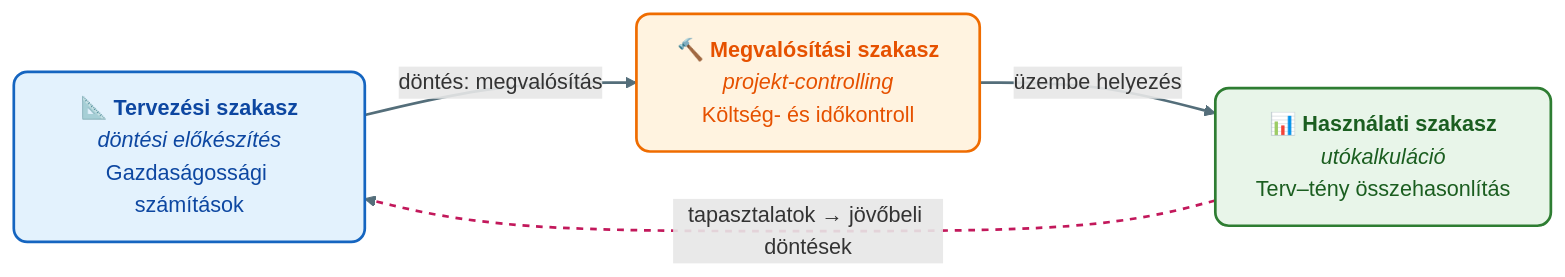
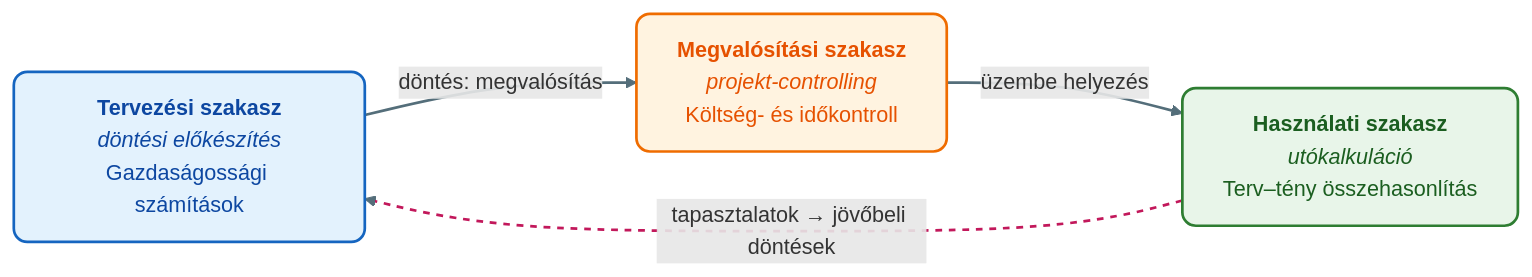
One commit to denespocsik/MM_BSC_Zarovizsga changed the diagram in Tételek/K19-GIXVS2MBLF-Beruházási döntések controlling szemléletben.tétel.md. Above: the diagram before and after it, drawn with Mermaid. The commit also changed other lines of this file, not shown here.

````diff
--- a/Tételek/K19-GIXVS2MBLF-Beruházási döntések controlling szemléletben.tétel.md
+++ b/Tételek/K19-GIXVS2MBLF-Beruházási döntések controlling szemléletben.tétel.md
@@ -11,16 +21,16 @@
 ```mermaid
 flowchart LR
-    A["📐 <b>Tervezési szakasz</b><br/><i>döntési előkészítés</i><br/>Gazdaságossági számítások"]:::kek
-    B["🔨 <b>Megvalósítási szakasz</b><br/><i>projekt-controlling</i><br/>Költség- és időkontroll"]:::narancs
-    C["📊 <b>Használati szakasz</b><br/><i>utókalkuláció</i><br/>Terv–tény összehasonlítás"]:::zold
+    A["<b>Tervezési szakasz</b><br/><i>döntési előkészítés</i><br/>Gazdaságossági számítások"]:::kek
+    B["<b>Megvalósítási szakasz</b><br/><i>projekt-controlling</i><br/>Költség- és időkontroll"]:::narancs
+    C["<b>Használati szakasz</b><br/><i>utókalkuláció</i><br/>Terv–tény összehasonlítás"]:::zold
 
     A -->|"döntés: megvalósítás"| B -->|"üzembe helyezés"| C
     C -->|"tapasztalatok → jövőbeli döntések"| A
 
     classDef kek     fill:#e3f2fd,stroke:#1565c0,stroke-width:2px,color:#0d47a1,rx:10,ry:10;
     classDef zold    fill:#e8f5e9,stroke:#2e7d32,stroke-width:2px,color:#1b5e20,rx:10,ry:10;
     classDef narancs fill:#fff3e0,stroke:#ef6c00,stroke-width:2px,color:#e65100,rx:10,ry:10;
 
     linkStyle default stroke:#546e7a,stroke-width:2px;
     linkStyle 2 stroke:#c2185b,stroke-width:2px,stroke-dasharray: 5 5;
 ```
````
